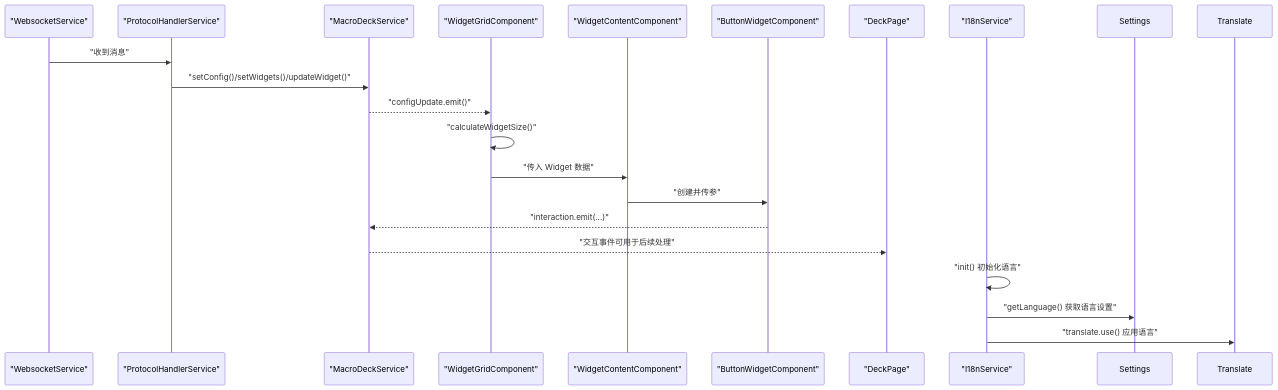
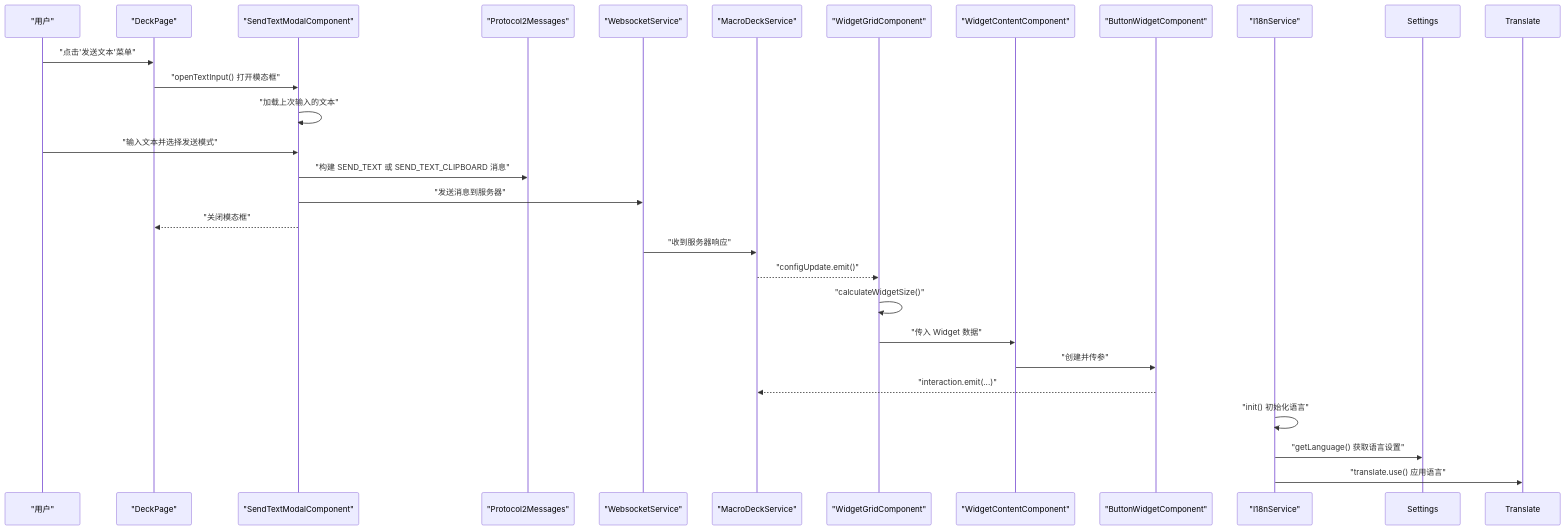
The second of 8 diagrams in .qoder/repowiki/zh/content/架构设计/模块化设计/页面模块/控制面板模块.md (tea4go/Macro-Deck-Client-App), drawn with Mermaid before and after one commit. The commit also changed other lines of this file and 50 other files, not shown here.

````diff
--- a/.qoder/repowiki/zh/content/架构设计/模块化设计/页面模块/控制面板模块.md
+++ b/.qoder/repowiki/zh/content/架构设计/模块化设计/页面模块/控制面板模块.md
@@ -139,22 +156,29 @@
 ```mermaid
 sequenceDiagram
+participant User as "用户"
+participant DP as "DeckPage"
+participant STM as "SendTextModalComponent"
+participant PM as "Protocol2Messages"
 participant WS as "WebsocketService"
-participant PH as "ProtocolHandlerService"
 participant MDS as "MacroDeckService"
 participant WGC as "WidgetGridComponent"
 participant WCC as "WidgetContentComponent"
 participant BWC as "ButtonWidgetComponent"
-participant DP as "DeckPage"
 participant I18n as "I18nService"
-WS->>PH : "收到消息"
-PH->>MDS : "setConfig()/setWidgets()/updateWidget()"
+User->>DP : "点击'发送文本'菜单"
+DP->>STM : "openTextInput() 打开模态框"
+STM->>STM : "加载上次输入的文本"
+User->>STM : "输入文本并选择发送模式"
+STM->>PM : "构建 SEND_TEXT 或 SEND_TEXT_CLIPBOARD 消息"
+STM->>WS : "发送消息到服务器"
+STM-->>DP : "关闭模态框"
+WS->>MDS : "收到服务器响应"
 MDS-->>WGC : "configUpdate.emit()"
 WGC->>WGC : "calculateWidgetSize()"
 WGC->>WCC : "传入 Widget 数据"
 WCC->>BWC : "创建并传参"
 BWC-->>MDS : "interaction.emit(...)"
-MDS-->>DP : "交互事件可用于后续处理"
 I18n->>I18n : "init() 初始化语言"
 I18n->>Settings : "getLanguage() 获取语言设置"
 I18n->>Translate : "translate.use() 应用语言"
 ```
````
